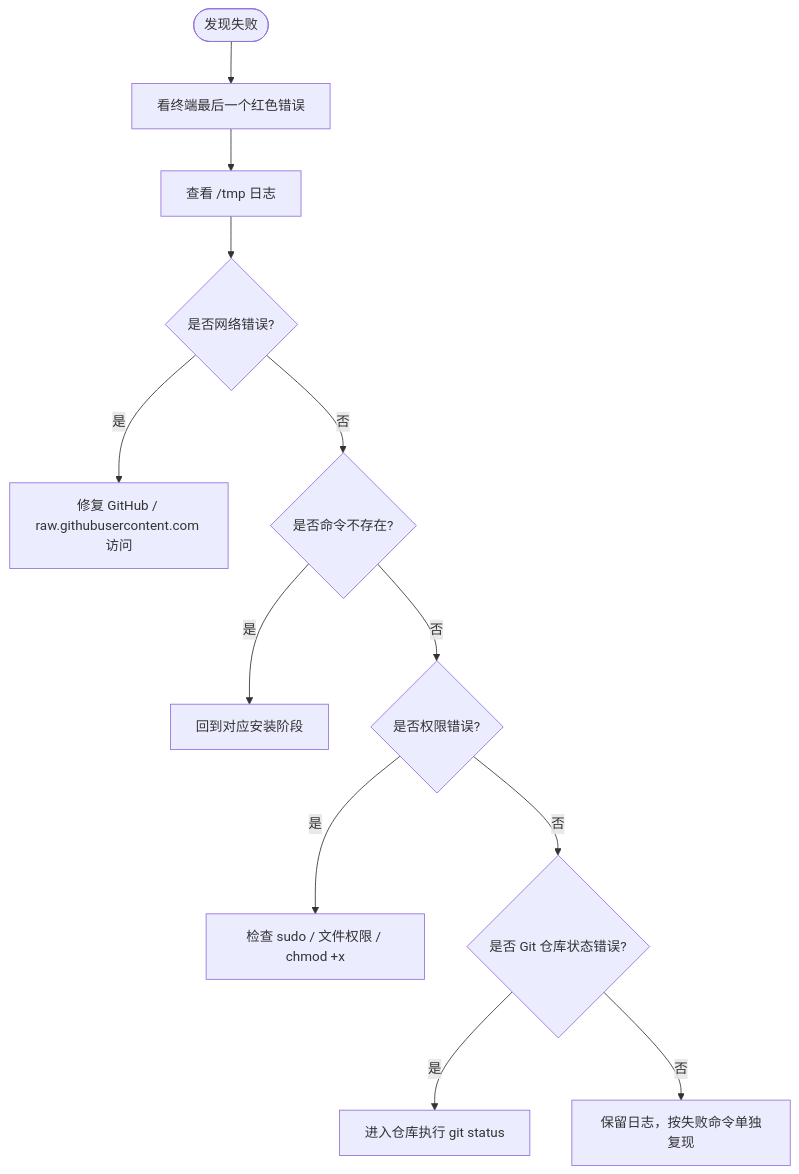
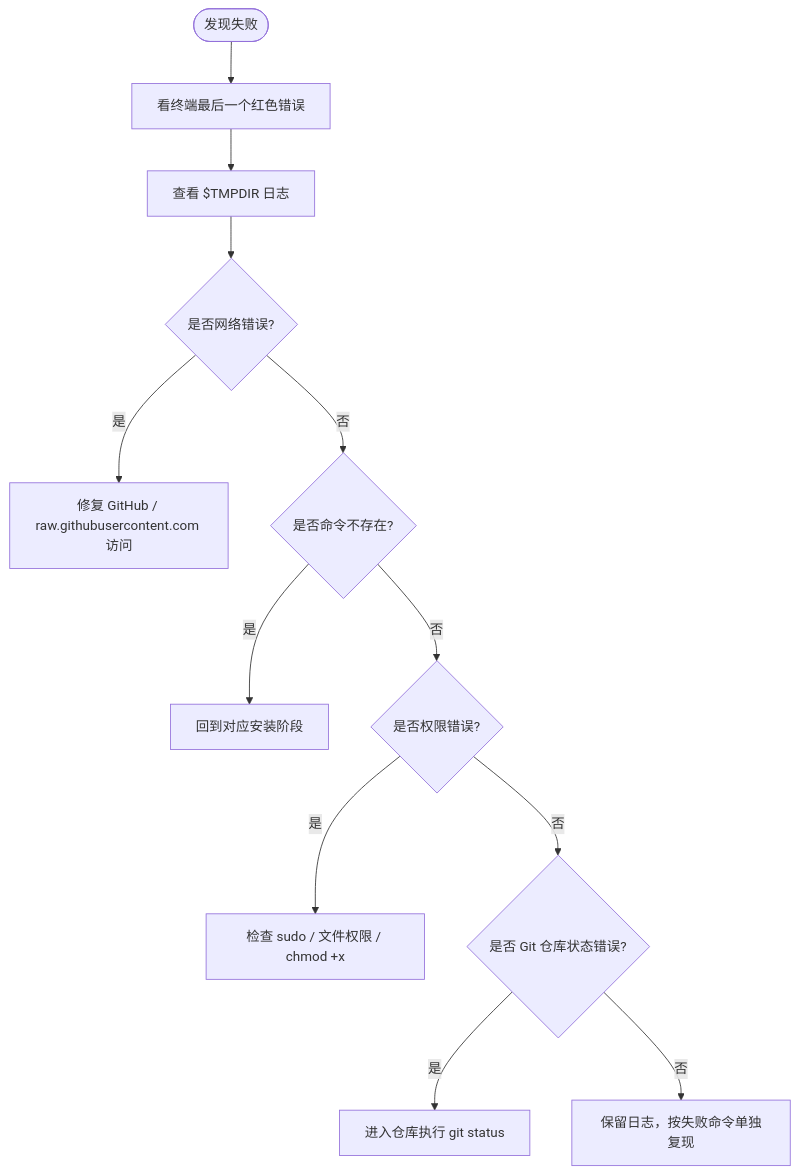
Diagram 13 of 13 in README.md (JobsKits/JobsConfigOS), drawn with Mermaid before and after one commit. The commit also changed other lines of this file and 2 other files, not shown here.

````diff
--- a/README.md
+++ b/README.md
@@ -741,14 +741,14 @@
 ```mermaid
 flowchart TD
     A([发现失败]) --> B[看终端最后一个红色错误]
-    B --> C[查看 /tmp 日志]
+    B --> C[查看 $TMPDIR 日志]
     C --> D{是否网络错误?}
     D -- 是 --> E[修复 GitHub / raw.githubusercontent.com 访问]
     D -- 否 --> F{是否命令不存在?}
     F -- 是 --> G[回到对应安装阶段]
     F -- 否 --> H{是否权限错误?}
     H -- 是 --> I[检查 sudo / 文件权限 / chmod +x]
     H -- 否 --> J{是否 Git 仓库状态错误?}
     J -- 是 --> K[进入仓库执行 git status]
     J -- 否 --> L[保留日志，按失败命令单独复现]
 ```
````
